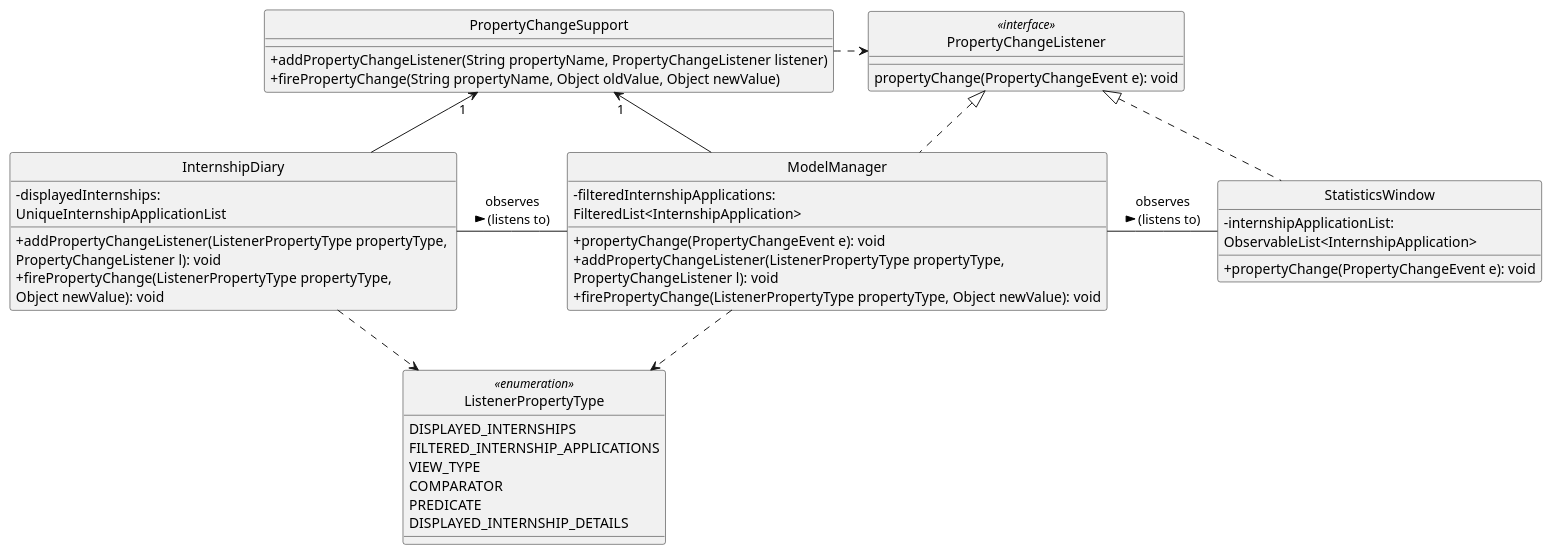
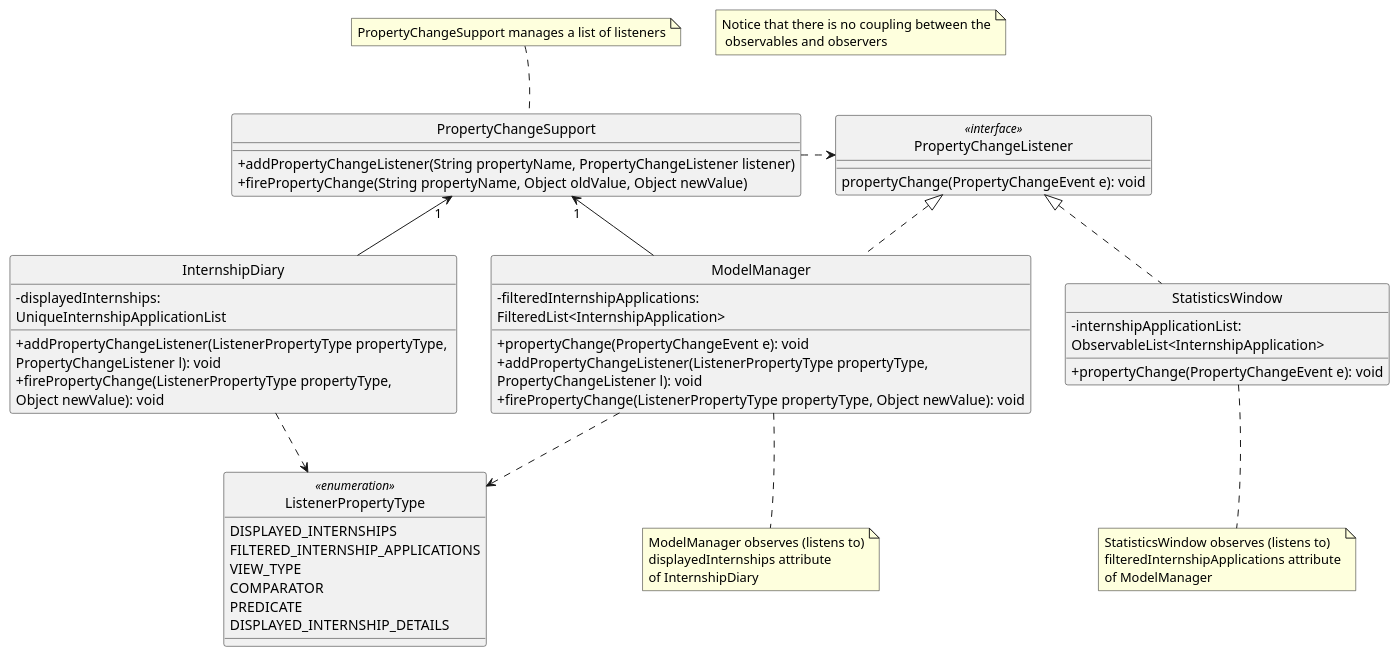
One commit to wxwxwxwx9/main changed the diagram in docs/diagrams/InternshipDiaryAndModelManagerPropertyChangeEnumClassDiagram.puml. Above: the diagram before and after it, drawn with PlantUML. The commit also changed 5 other files, not shown here.

Commit message:
Updated observer pattern explanation and diagram

```diff
--- a/docs/diagrams/InternshipDiaryAndModelManagerPropertyChangeEnumClassDiagram.puml
+++ b/docs/diagrams/InternshipDiaryAndModelManagerPropertyChangeEnumClassDiagram.puml
@@ -1,77 +1,91 @@
 @startuml
 
 hide circle
 skinparam classAttributeIconSize 0
 
 'package Model <<Rectangle>> {
 '    class InternshipDiary
 '    class ModelManager
 '    enum ListenerPropertyType
 '}
 '
 'package UI <<Rectangle>> {
 '    class StatisticsWindow
 '}
+
+note "PropertyChangeSupport manages a list of listeners" as manageListeners
+PropertyChangeSupport .up[hidden]. manageListeners
+PropertyChangeSupport .up. manageListeners
+
+note "ModelManager observes (listens to)\ndisplayedInternships attribute\nof InternshipDiary" as modelManagerObserves
+modelManagerObserves .up[hidden]. ModelManager
+modelManagerObserves .up. ModelManager
+
+note "StatisticsWindow observes (listens to)\nfilteredInternshipApplications attribute\nof ModelManager" as statisticsWindowObserves
+statisticsWindowObserves .up[hidden]. StatisticsWindow
+statisticsWindowObserves .up. StatisticsWindow
+
+note "Notice that there is no coupling between the\n observables and observers" as N1
 
 Class InternshipDiary {
     - displayedInternships: \nUniqueInternshipApplicationList
     + addPropertyChangeListener(ListenerPropertyType propertyType, \nPropertyChangeListener l): void
     + firePropertyChange(ListenerPropertyType propertyType, \nObject newValue): void
 }
 
 Class ModelManager implements PropertyChangeListener {
     - filteredInternshipApplications: \nFilteredList<InternshipApplication>
     + propertyChange(PropertyChangeEvent e): void
     + addPropertyChangeListener(ListenerPropertyType propertyType, \nPropertyChangeListener l): void
     + firePropertyChange(ListenerPropertyType propertyType, Object newValue): void
 '    - refreshFilteredInternshipApplications(Object newInternshipApplications)
 '    - fireAllPropertyChanges(): void
 }
 
 Class StatisticsWindow implements PropertyChangeListener {
     - internshipApplicationList: \nObservableList<InternshipApplication>
     + propertyChange(PropertyChangeEvent e): void
 }
 
 class PropertyChangeListener <<interface>> {
     propertyChange(PropertyChangeEvent e): void
 }
 
 class PropertyChangeSupport {
     + addPropertyChangeListener(String propertyName, PropertyChangeListener listener)
     + firePropertyChange(String propertyName, Object oldValue, Object newValue)
 }
 
 InternshipDiary -up-> "1" PropertyChangeSupport
 ModelManager -up-> "1" PropertyChangeSupport
 
 PropertyChangeSupport .right.> PropertyChangeListener
 
 enum ListenerPropertyType <<enumeration>> {
     DISPLAYED_INTERNSHIPS
     FILTERED_INTERNSHIP_APPLICATIONS
     VIEW_TYPE
     COMPARATOR
     PREDICATE
     DISPLAYED_INTERNSHIP_DETAILS
 }
 
 InternshipDiary ..> ListenerPropertyType
 ModelManager ..> ListenerPropertyType
 
-StatisticsWindow -left- ModelManager: observes\n (listens to) >
+'StatisticsWindow -left- ModelManager: observes\n (listens to) >
 
-ModelManager -left- InternshipDiary: observes\n (listens to) >
+'ModelManager -left- InternshipDiary: observes\n (listens to) >
 
 '        logic.addPropertyChangeListener(FILTERED_INTERNSHIP_APPLICATIONS, internshipApplicationListPanel);
 '        logic.addPropertyChangeListener(FILTERED_INTERNSHIP_APPLICATIONS, statisticsWindow);
 '        logic.addPropertyChangeListener(FILTERED_INTERNSHIP_APPLICATIONS, statisticsBarFooter);
 '        logic.addPropertyChangeListener(COMPARATOR, comparatorDisplayFooter);
 '        logic.addPropertyChangeListener(PREDICATE, predicateDisplayFooter);
 '        logic.addPropertyChangeListener(PREDICATE, internshipApplicationDetailSetter);
 '        logic.addPropertyChangeListener(VIEW_TYPE, viewDisplayFooter);
 '        logic.addPropertyChangeListener(DISPLAYED_INTERNSHIP_DETAIL, internshipApplicationDetailSetter);
 
 
 
 @enduml
```
